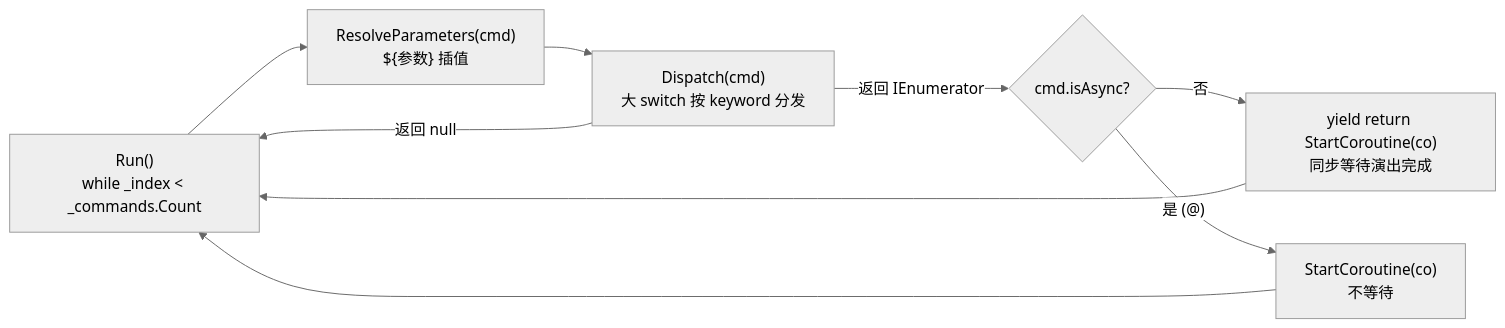
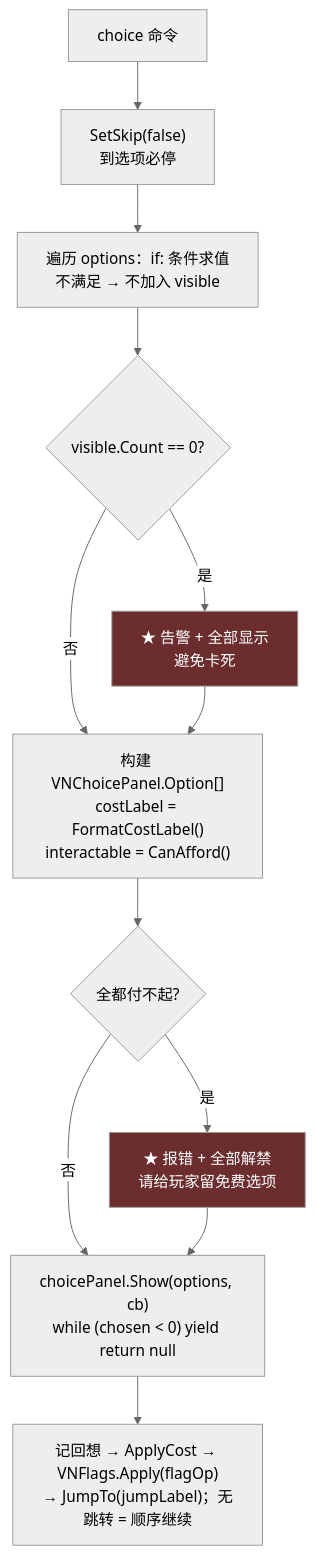
One commit to cgenko0729-oss/vnovelProject changed the fifth of 15 diagrams in CodebaseAnaylze.md. Above: the diagram before and after it, drawn with Mermaid (neutral theme). The commit also changed other lines of this file and 222 other files, not shown here.

````diff
--- a/CodebaseAnaylze.md
+++ b/CodebaseAnaylze.md
@@ -153,11 +427,16 @@
 ```mermaid
-flowchart LR
-    RUN["Run()<br/>while _index < _commands.Count"] --> RP["ResolveParameters(cmd)<br/>${参数} 插值"]
-    RP --> DISP["Dispatch(cmd)<br/>大 switch 按 keyword 分发"]
-    DISP -->|"返回 IEnumerator"| WAIT{"cmd.isAsync?"}
-    WAIT -->|"否"| YIELD["yield return StartCoroutine(co)<br/>同步等待演出完成"]
-    WAIT -->|"是 (@)"| FIRE["StartCoroutine(co)<br/>不等待"]
-    DISP -->|"返回 null"| RUN
-    YIELD --> RUN
-    FIRE --> RUN
+flowchart TD
+    A["choice 命令"] --> B["SetSkip(false)<br/>到选项必停"]
+    B --> C["遍历 options：if: 条件求值<br/>不满足 → 不加入 visible"]
+    C --> D{"visible.Count == 0?"}
+    D -->|是| D2["★ 告警 + 全部显示<br/>避免卡死"]
+    D -->|否| E
+    D2 --> E["构建 VNChoicePanel.Option[]<br/>costLabel = FormatCostLabel()<br/>interactable = CanAfford()"]
+    E --> F{"全都付不起?"}
+    F -->|是| F2["★ 报错 + 全部解禁<br/>请给玩家留免费选项"]
+    F -->|否| G
+    F2 --> G["choicePanel.Show(options, cb)<br/>while (chosen &lt; 0) yield return null"]
+    G --> H["记回想 → ApplyCost → VNFlags.Apply(flagOp)<br/>→ JumpTo(jumpLabel)；无跳转 = 顺序继续"]
+    style D2 fill:#6b2d2d,color:#fff
+    style F2 fill:#6b2d2d,color:#fff
 ```
````
